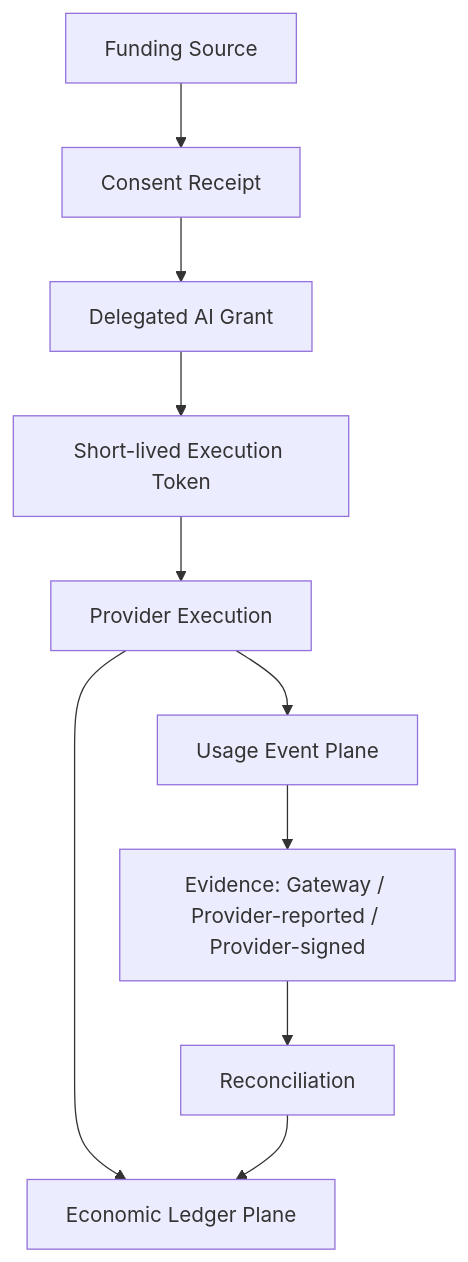
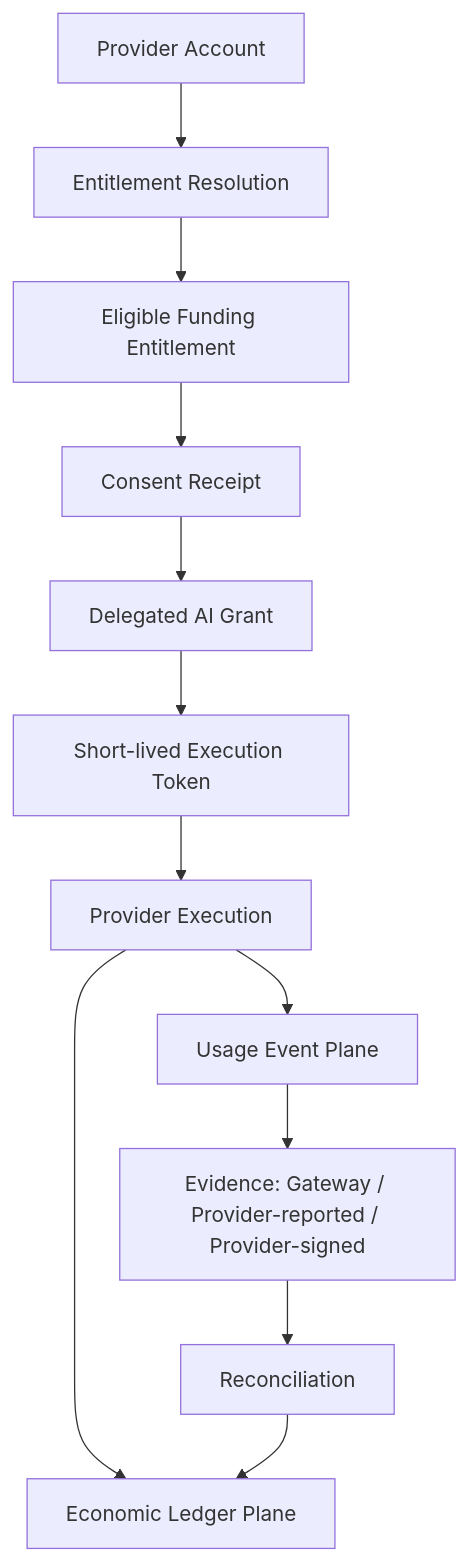
One commit to MJohnstonAI/ai-billing-delegation changed the diagram in README.md. Above: the diagram before and after it, drawn with Mermaid. The commit also changed other lines of this file and 11 other files, not shown here.

First line of the commit message:
ABDS v0.7: Provider Adoption & Entitlement Binding

````diff
--- a/README.md
+++ b/README.md
@@ -78,12 +113,14 @@
 ```mermaid
 flowchart TD
-    F[Funding Source] --> C[Consent Receipt]
+    PA[Provider Account] --> ER[Entitlement Resolution]
+    ER --> EF[Eligible Funding Entitlement]
+    EF --> C[Consent Receipt]
     C --> G[Delegated AI Grant]
     G --> T[Short-lived Execution Token]
     T --> X[Provider Execution]
     X --> U[Usage Event Plane]
     X --> L[Economic Ledger Plane]
     U --> E[Evidence: Gateway / Provider-reported / Provider-signed]
     E --> R[Reconciliation]
     R --> L
 ```
````
